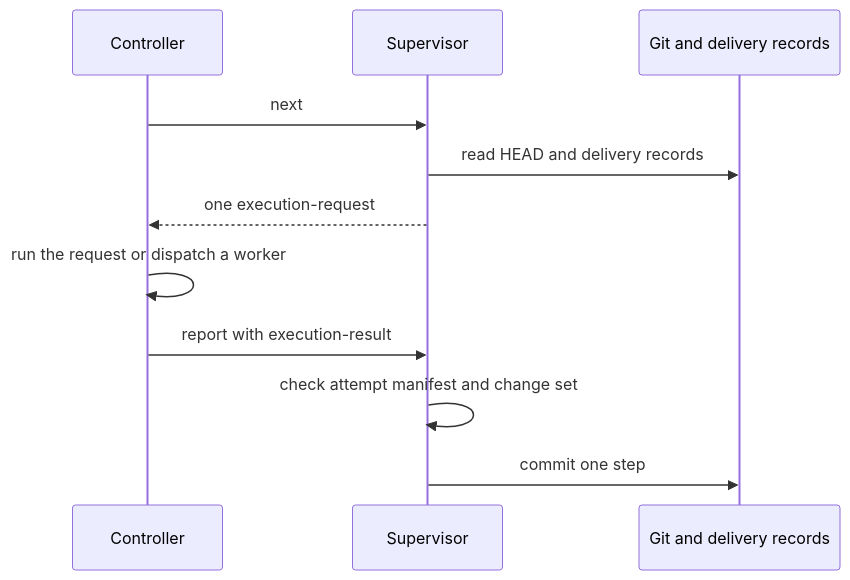
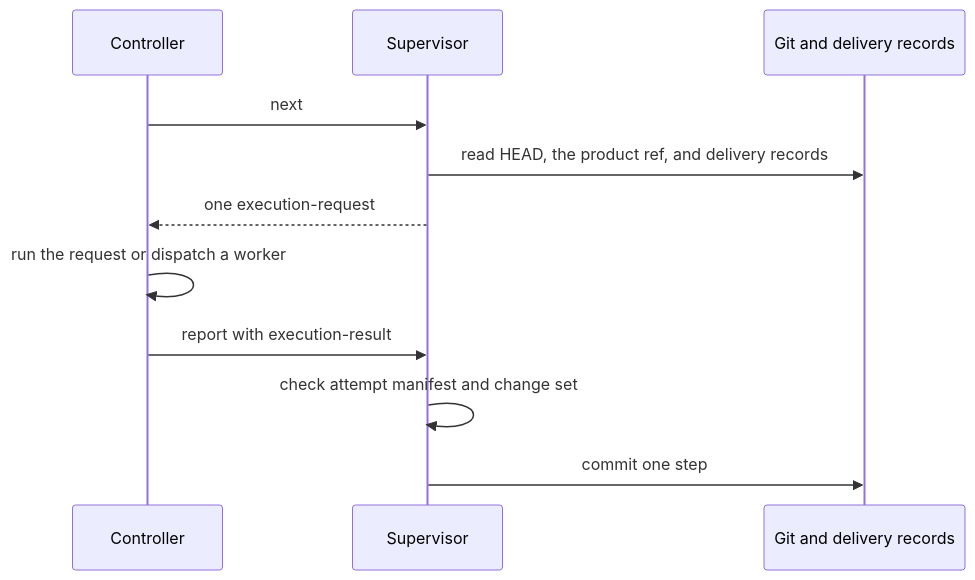
One commit to eugenelim/agent-ready-repo changed the second of 3 diagrams in docs/architecture/work-loop-execution-supervisor.md. Above: the diagram before and after it, drawn with Mermaid. The commit also changed other lines of this file and 34 other files, not shown here.

First line of the commit message:
feat(core): work-loop acceptance reads the protected product ref, with a proven reversal (core 4.0.9)

````diff
--- a/docs/architecture/work-loop-execution-supervisor.md
+++ b/docs/architecture/work-loop-execution-supervisor.md
@@ -113,13 +117,13 @@
 ```mermaid
 sequenceDiagram
     participant C as Controller
     participant S as Supervisor
     participant G as Git and delivery records
     C->>S: next
-    S->>G: read HEAD and delivery records
+    S->>G: read HEAD, the product ref, and delivery records
     S-->>C: one execution-request
     C->>C: run the request or dispatch a worker
     C->>S: report with execution-result
     S->>S: check attempt manifest and change set
     S->>G: commit one step
 ```
````
